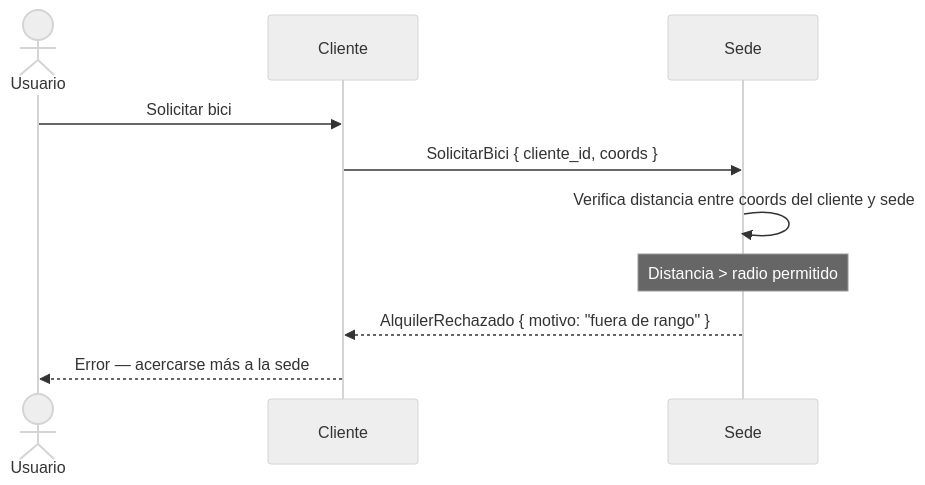
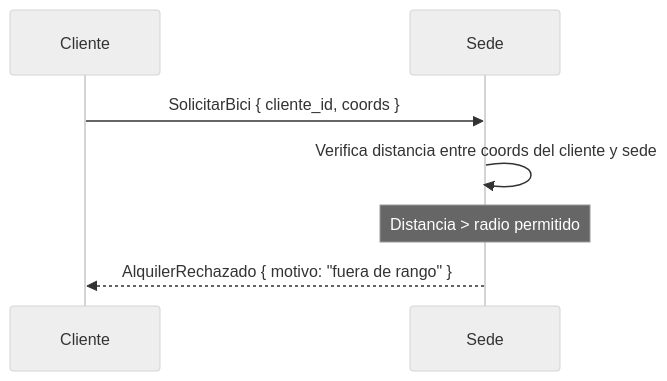
One commit to Jmenechian/distributed-bike-sharing changed the third of 15 diagrams in README.md. Above: the diagram before and after it, drawn with Mermaid (neutral theme). The commit also changed other lines of this file, not shown here.

````diff
--- a/README.md
+++ b/README.md
@@ -590,13 +1137,10 @@
 ```mermaid
 sequenceDiagram
-    actor Usuario
     participant Cliente
     participant Sede
- 
-    Usuario->>Cliente: Solicitar bici
+
     Cliente->>Sede: SolicitarBici { cliente_id, coords }
     Sede->>Sede: Verifica distancia entre coords del cliente y sede
     Note over Sede: Distancia > radio permitido
     Sede-->>Cliente: AlquilerRechazado { motivo: "fuera de rango" }
-    Cliente-->>Usuario: Error — acercarse más a la sede
 ```
````
